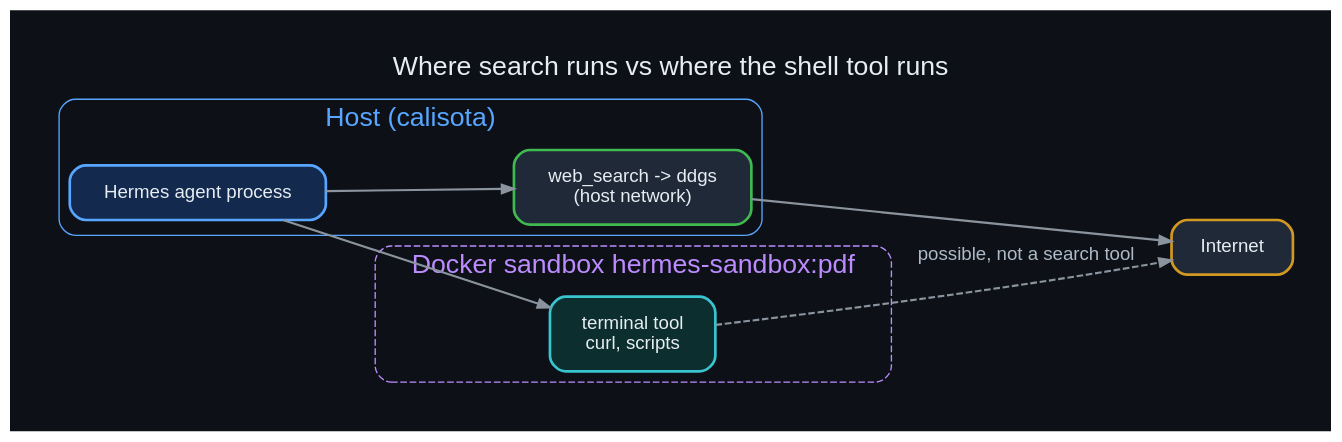
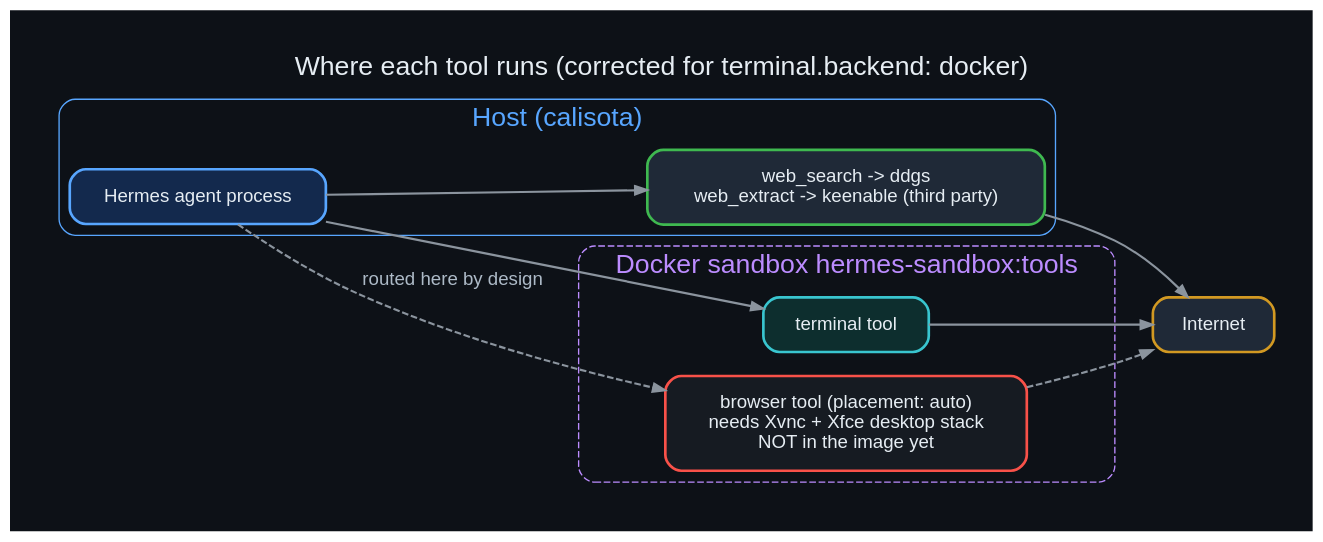
One commit to danindiana/hermes-web-search-ddgs changed the diagram in diagrams/09_sandbox_boundary.dot. Above: the diagram before and after it, drawn with Graphviz. The commit also changed 42 other files, not shown here.

Commit message:
Correct ddgs install target and browser placement; add e2e findings, cleanup, egress review, diagrams 26-34

```diff
--- a/diagrams/09_sandbox_boundary.dot
+++ b/diagrams/09_sandbox_boundary.dot
@@ -1,12 +1,12 @@
 digraph g {
 graph [bgcolor="#0d1117", rankdir=LR, fontname="Helvetica", fontcolor="#e6edf3", labelloc="t", fontsize=20, pad=0.4];
 node  [fontname="Helvetica", fontcolor="#e6edf3", color="#30363d", style="filled,rounded", shape=box, penwidth=2, margin="0.25,0.18", fillcolor="#161b22"];
 edge  [color="#8b949e", fontname="Helvetica", fontcolor="#adbac7", penwidth=1.6, arrowsize=0.9];
-label="Where search runs vs where the shell tool runs";
+label="Where each tool runs (corrected for terminal.backend: docker)";
 subgraph cluster_h { label="Host (calisota)"; color="#58a6ff"; fontcolor="#58a6ff"; style=rounded;
- ag [label="Hermes agent process", color="#58a6ff", fillcolor="#13294d"]; ws [label="web_search -> ddgs\n(host network)", color="#3fb950", fillcolor="#1f2937"]; }
-subgraph cluster_d { label="Docker sandbox hermes-sandbox:pdf"; color="#bc8cff"; fontcolor="#bc8cff"; style="rounded,dashed";
- tm [label="terminal tool\ncurl, scripts", color="#39c5cf", fillcolor="#0d2e2e"]; }
+ ag [label="Hermes agent process", color="#58a6ff", fillcolor="#13294d"]; ws [label="web_search -> ddgs\nweb_extract -> keenable (third party)", color="#3fb950", fillcolor="#1f2937"]; }
+subgraph cluster_d { label="Docker sandbox hermes-sandbox:tools"; color="#bc8cff"; fontcolor="#bc8cff"; style="rounded,dashed";
+ tm [label="terminal tool", color="#39c5cf", fillcolor="#0d2e2e"]; br [label="browser tool (placement: auto)\nneeds Xvnc + Xfce desktop stack\nNOT in the image yet", color="#f85149"]; }
 net [label="Internet", color="#d29922", fillcolor="#1f2937"];
-ag->ws; ws->net; ag->tm; tm->net [style=dashed, label="possible, not a search tool"];
+ag->ws; ws->net; ag->tm; ag->br [style=dashed, label="routed here by design"]; tm->net; br->net [style=dashed];
 }
```
